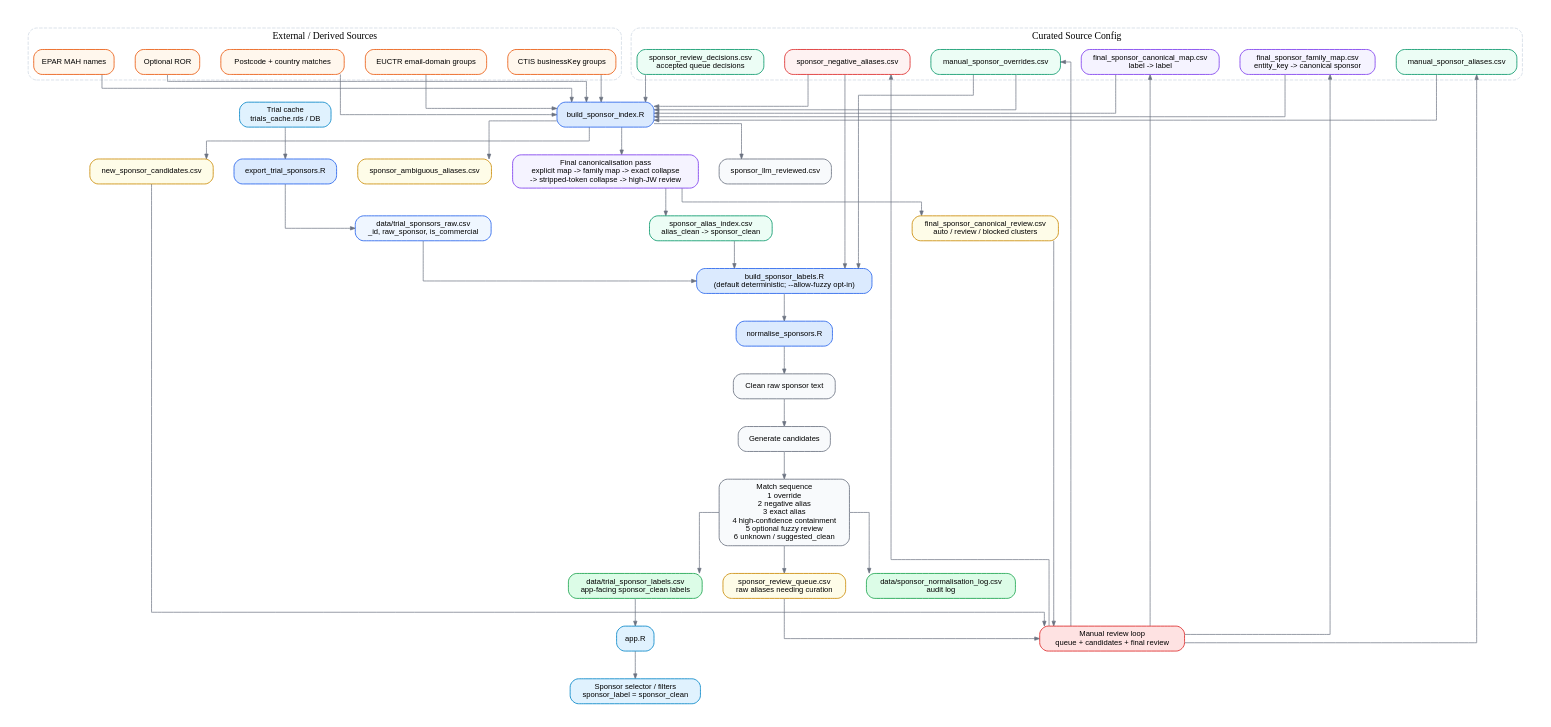
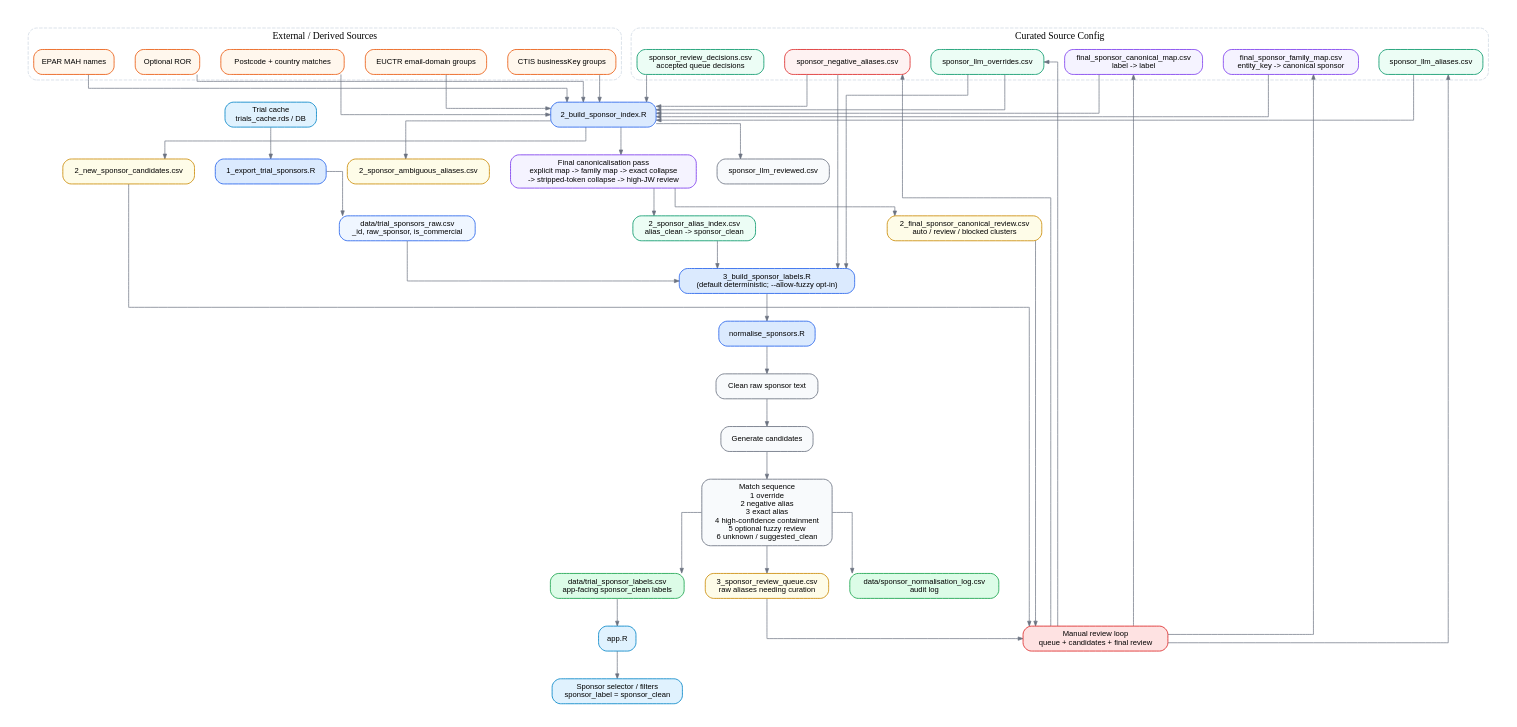
Before and after one commit to rmvpaeme/shiny_trials: the diagram in rmarkdown/sponsor_normalisation_pipeline.dot, drawn with Graphviz. The commit also changed 49 other files, not shown here.

```diff
--- a/rmarkdown/sponsor_normalisation_pipeline.dot
+++ b/rmarkdown/sponsor_normalisation_pipeline.dot
@@ -1,127 +1,127 @@
 digraph sponsor_normalisation_pipeline {
   graph [
     rankdir = TB,
     bgcolor = "white",
     pad = "0.35",
     nodesep = "0.42",
     ranksep = "0.55",
     splines = ortho,
     outputorder = edgesfirst
   ];
 
   node [
     shape = box,
     style = "rounded,filled",
     fontname = "Helvetica",
     fontsize = 11,
     color = "#6B7280",
     penwidth = 1.2,
     fillcolor = "#F8FAFC",
     margin = "0.12,0.08"
   ];
 
   edge [
     fontname = "Helvetica",
     fontsize = 9,
     color = "#6B7280",
     arrowsize = 0.7
   ];
 
   cache [label = "Trial cache\ntrials_cache.rds / DB", fillcolor = "#E0F2FE", color = "#0284C7"];
-  export [label = "export_trial_sponsors.R", fillcolor = "#DBEAFE", color = "#2563EB"];
+  export [label = "1_export_trial_sponsors.R", fillcolor = "#DBEAFE", color = "#2563EB"];
   raw [label = "data/trial_sponsors_raw.csv\n_id, raw_sponsor, is_commercial", fillcolor = "#EFF6FF", color = "#2563EB"];
 
   subgraph cluster_config {
     label = "Curated Source Config";
     color = "#CBD5E1";
     style = "rounded,dashed";
-    aliases [label = "manual_sponsor_aliases.csv", fillcolor = "#ECFDF5", color = "#059669"];
-    overrides [label = "manual_sponsor_overrides.csv", fillcolor = "#ECFDF5", color = "#059669"];
+    aliases [label = "sponsor_llm_aliases.csv", fillcolor = "#ECFDF5", color = "#059669"];
+    overrides [label = "sponsor_llm_overrides.csv", fillcolor = "#ECFDF5", color = "#059669"];
     negatives [label = "sponsor_negative_aliases.csv", fillcolor = "#FEF2F2", color = "#DC2626"];
     reviewed [label = "sponsor_review_decisions.csv\naccepted queue decisions", fillcolor = "#ECFDF5", color = "#059669"];
     final_map [label = "final_sponsor_canonical_map.csv\nlabel -> label", fillcolor = "#F5F3FF", color = "#7C3AED"];
     family_map [label = "final_sponsor_family_map.csv\nentity_key -> canonical sponsor", fillcolor = "#F5F3FF", color = "#7C3AED"];
   }
 
   subgraph cluster_external {
     label = "External / Derived Sources";
     color = "#CBD5E1";
     style = "rounded,dashed";
     epar [label = "EPAR MAH names", fillcolor = "#FFF7ED", color = "#EA580C"];
     ctis [label = "CTIS businessKey groups", fillcolor = "#FFF7ED", color = "#EA580C"];
     euctr [label = "EUCTR email-domain groups", fillcolor = "#FFF7ED", color = "#EA580C"];
     postcode [label = "Postcode + country matches", fillcolor = "#FFF7ED", color = "#EA580C"];
     ror [label = "Optional ROR", fillcolor = "#FFF7ED", color = "#EA580C"];
   }
 
-  index [label = "build_sponsor_index.R", fillcolor = "#DBEAFE", color = "#2563EB"];
+  index [label = "2_build_sponsor_index.R", fillcolor = "#DBEAFE", color = "#2563EB"];
   canonical [label = "Final canonicalisation pass\nexplicit map -> family map -> exact collapse\n-> stripped-token collapse -> high-JW review", fillcolor = "#F5F3FF", color = "#7C3AED"];
 
-  alias_index [label = "sponsor_alias_index.csv\nalias_clean -> sponsor_clean", fillcolor = "#ECFDF5", color = "#059669"];
+  alias_index [label = "2_sponsor_alias_index.csv\nalias_clean -> sponsor_clean", fillcolor = "#ECFDF5", color = "#059669"];
   llm [label = "sponsor_llm_reviewed.csv", fillcolor = "#F8FAFC"];
-  ambiguous [label = "sponsor_ambiguous_aliases.csv", fillcolor = "#FEFCE8", color = "#CA8A04"];
-  candidates [label = "new_sponsor_candidates.csv", fillcolor = "#FEFCE8", color = "#CA8A04"];
-  final_review [label = "final_sponsor_canonical_review.csv\nauto / review / blocked clusters", fillcolor = "#FEFCE8", color = "#CA8A04"];
+  ambiguous [label = "2_sponsor_ambiguous_aliases.csv", fillcolor = "#FEFCE8", color = "#CA8A04"];
+  candidates [label = "2_new_sponsor_candidates.csv", fillcolor = "#FEFCE8", color = "#CA8A04"];
+  final_review [label = "2_final_sponsor_canonical_review.csv\nauto / review / blocked clusters", fillcolor = "#FEFCE8", color = "#CA8A04"];
 
-  labels_script [label = "build_sponsor_labels.R\n(default deterministic; --allow-fuzzy opt-in)", fillcolor = "#DBEAFE", color = "#2563EB"];
+  labels_script [label = "3_build_sponsor_labels.R\n(default deterministic; --allow-fuzzy opt-in)", fillcolor = "#DBEAFE", color = "#2563EB"];
   normalise [label = "normalise_sponsors.R", fillcolor = "#DBEAFE", color = "#2563EB"];
 
   clean [label = "Clean raw sponsor text", fillcolor = "#F8FAFC"];
   candidates_step [label = "Generate candidates", fillcolor = "#F8FAFC"];
   match [label = "Match sequence\n1 override\n2 negative alias\n3 exact alias\n4 high-confidence containment\n5 optional fuzzy review\n6 unknown / suggested_clean", fillcolor = "#F8FAFC"];
 
   trial_labels [label = "data/trial_sponsor_labels.csv\napp-facing sponsor_clean labels", fillcolor = "#DCFCE7", color = "#16A34A"];
   norm_log [label = "data/sponsor_normalisation_log.csv\naudit log", fillcolor = "#DCFCE7", color = "#16A34A"];
-  queue [label = "sponsor_review_queue.csv\nraw aliases needing curation", fillcolor = "#FEFCE8", color = "#CA8A04"];
+  queue [label = "3_sponsor_review_queue.csv\nraw aliases needing curation", fillcolor = "#FEFCE8", color = "#CA8A04"];
 
   app [label = "app.R", fillcolor = "#E0F2FE", color = "#0284C7"];
   selector [label = "Sponsor selector / filters\nsponsor_label = sponsor_clean", fillcolor = "#E0F2FE", color = "#0284C7"];
 
   curation [label = "Manual review loop\nqueue + candidates + final review", fillcolor = "#FEE2E2", color = "#DC2626"];
 
   cache -> export -> raw;
 
   aliases -> index;
   overrides -> index;
   negatives -> index;
   reviewed -> index;
   final_map -> index;
   family_map -> index;
 
   epar -> index;
   ctis -> index;
   euctr -> index;
   postcode -> index;
   ror -> index;
 
   index -> canonical;
   canonical -> alias_index;
   index -> llm;
   index -> ambiguous;
   index -> candidates;
   canonical -> final_review;
 
   raw -> labels_script;
   alias_index -> labels_script;
   overrides -> labels_script;
   negatives -> labels_script;
 
   labels_script -> normalise;
   normalise -> clean -> candidates_step -> match;
 
   match -> trial_labels;
   match -> norm_log;
   match -> queue;
 
   trial_labels -> app -> selector;
 
   queue -> curation;
   candidates -> curation;
   final_review -> curation;
 
   curation -> aliases;
   curation -> overrides;
   curation -> negatives;
   curation -> final_map;
   curation -> family_map;
 }
```
